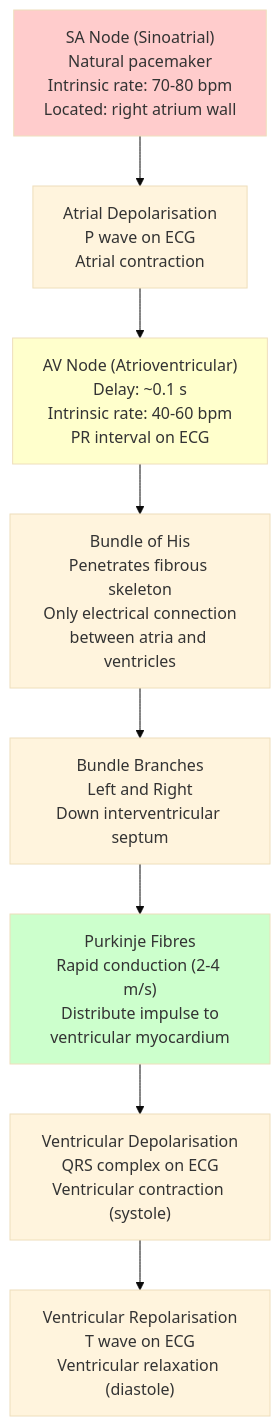
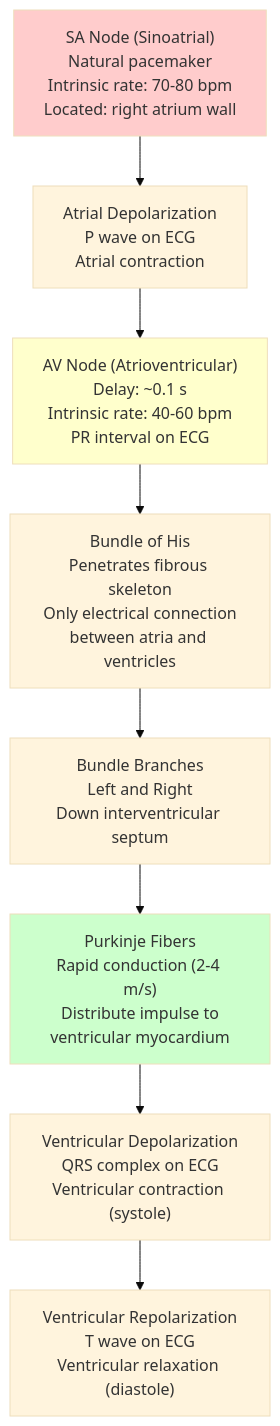
The first of 5 diagrams in manuscript/unit_IX/circulation_respiration_homeostasis.md (docxology/biology_textbook), drawn with Mermaid (base theme) before and after one commit. The commit also changed other lines of this file and 247 other files, not shown here.

````diff
--- a/manuscript/unit_IX/circulation_respiration_homeostasis.md
+++ b/manuscript/unit_IX/circulation_respiration_homeostasis.md
@@ -79,14 +80,14 @@
 ```mermaid
 flowchart TD
-    SA["SA Node (Sinoatrial)<br/>Natural pacemaker<br/>Intrinsic rate: 70-80 bpm<br/>Located: right atrium wall"] --> Atria["Atrial Depolarisation<br/>P wave on ECG<br/>Atrial contraction"]
+    SA["SA Node (Sinoatrial)<br/>Natural pacemaker<br/>Intrinsic rate: 70-80 bpm<br/>Located: right atrium wall"] --> Atria["Atrial Depolarization<br/>P wave on ECG<br/>Atrial contraction"]
     Atria --> AV["AV Node (Atrioventricular)<br/>Delay: ~0.1 s<br/>Intrinsic rate: 40-60 bpm<br/>PR interval on ECG"]
     AV --> His["Bundle of His<br/>Penetrates fibrous skeleton<br/>Only electrical connection<br/>between atria and ventricles"]
     His --> BB["Bundle Branches<br/>Left and Right<br/>Down interventricular septum"]
-    BB --> Purk["Purkinje Fibres<br/>Rapid conduction (2-4 m/s)<br/>Distribute impulse to<br/>ventricular myocardium"]
-    Purk --> Vent["Ventricular Depolarisation<br/>QRS complex on ECG<br/>Ventricular contraction (systole)"]
-    Vent --> Repol["Ventricular Repolarisation<br/>T wave on ECG<br/>Ventricular relaxation (diastole)"]
+    BB --> Purk["Purkinje Fibers<br/>Rapid conduction (2-4 m/s)<br/>Distribute impulse to<br/>ventricular myocardium"]
+    Purk --> Vent["Ventricular Depolarization<br/>QRS complex on ECG<br/>Ventricular contraction (systole)"]
+    Vent --> Repol["Ventricular Repolarization<br/>T wave on ECG<br/>Ventricular relaxation (diastole)"]
 
     style SA fill:#ffcccc
     style AV fill:#ffffcc
     style Purk fill:#ccffcc
 ```
````
